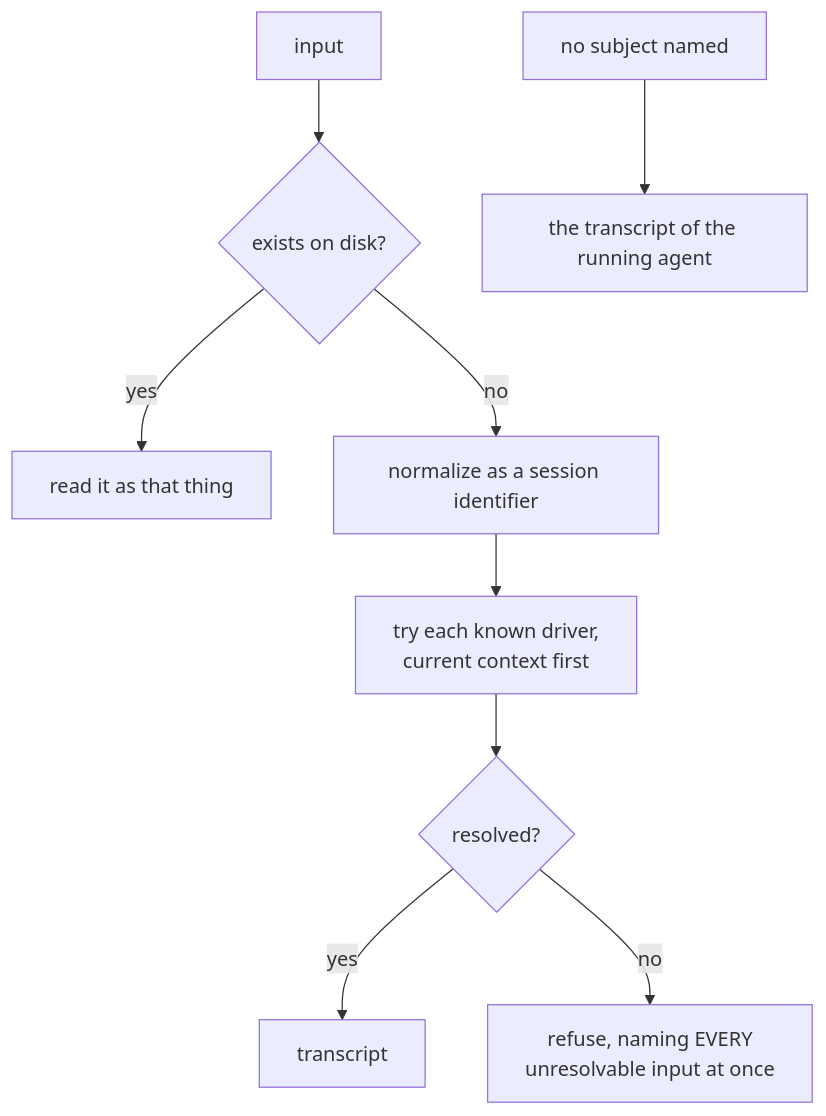
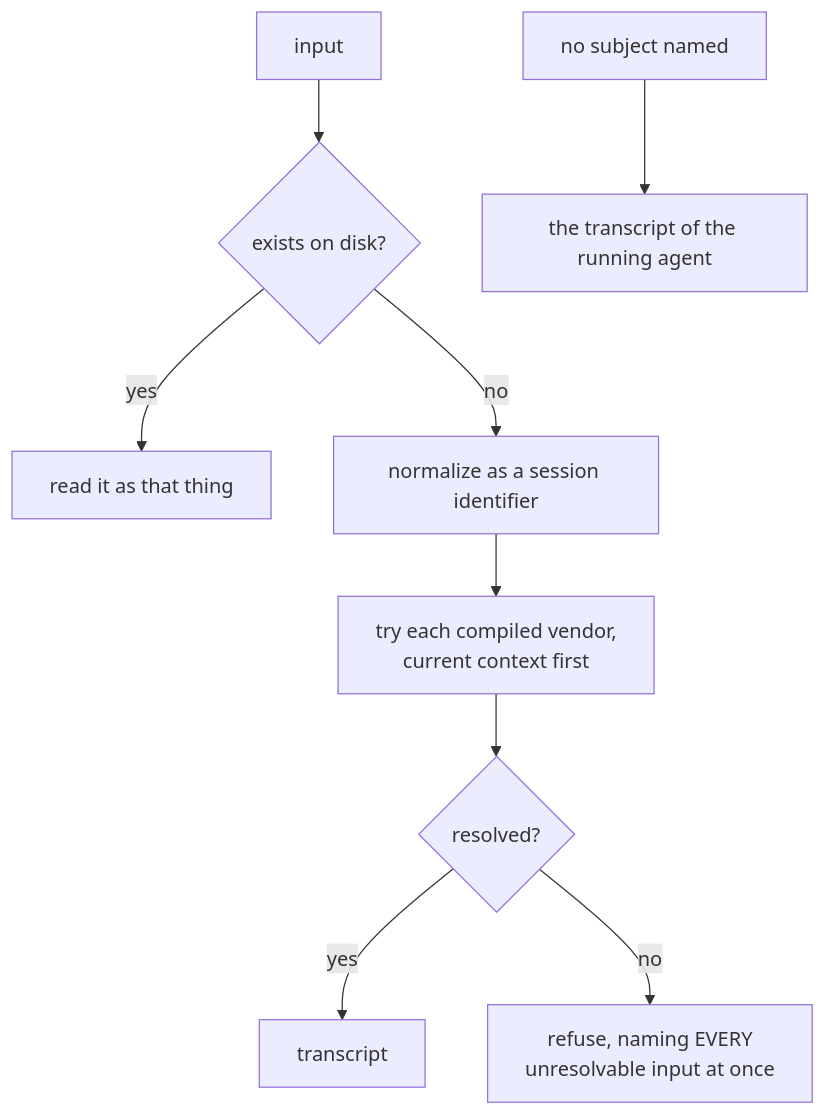
The seventh of 11 diagrams in docs/product/planes/session.md (infimalabs/spice-rust), drawn with Mermaid before and after one commit. The commit also changed other lines of this file and 71 other files, not shown here.

````diff
--- a/docs/product/planes/session.md
+++ b/docs/product/planes/session.md
@@ -250,11 +251,11 @@
 ```mermaid
 flowchart TD
   I["input"] --> E{"exists on disk?"}
   E -- yes --> P["read it as that thing"]
   E -- no --> N["normalize as a session identifier"]
-  N --> F["try each known driver,<br/>current context first"]
+  N --> F["try each compiled vendor,<br/>current context first"]
   F --> R{"resolved?"}
   R -- yes --> T["transcript"]
   R -- no --> X["refuse, naming EVERY<br/>unresolvable input at once"]
   Z["no subject named"] --> S["the transcript of the running agent"]
 ```
````
